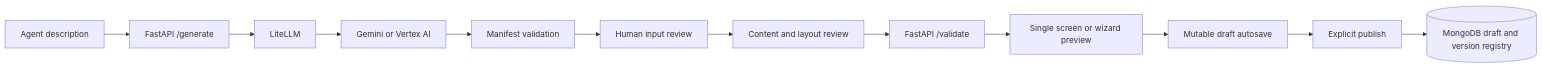
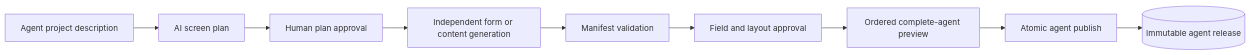
The diagram in README.md (nerve-sparks/ScreenConfigurator), drawn with Mermaid before and after one commit. The commit also changed other lines of this file and 28 other files, not shown here.

````diff
--- a/README.md
+++ b/README.md
@@ -42,14 +45,11 @@
 ```mermaid
 flowchart LR
-    A[Agent description] --> B[FastAPI /generate]
-    B --> C[LiteLLM]
-    C --> D[Gemini or Vertex AI]
+    A[Agent project description] --> B[AI screen plan]
+    B --> C[Human plan approval]
+    C --> D[Independent form or content generation]
     D --> E[Manifest validation]
-    E --> F[Human input review]
-    F --> G[Content and layout review]
-    G --> H[FastAPI /validate]
-    H --> I[Single screen or wizard preview]
-    I --> J[Mutable draft autosave]
-    J --> K[Explicit publish]
-    K --> L[(MongoDB draft and version registry)]
+    E --> F[Field and layout approval]
+    F --> G[Ordered complete-agent preview]
+    G --> H[Atomic agent publish]
+    H --> I[(Immutable agent release)]
 ```
````
